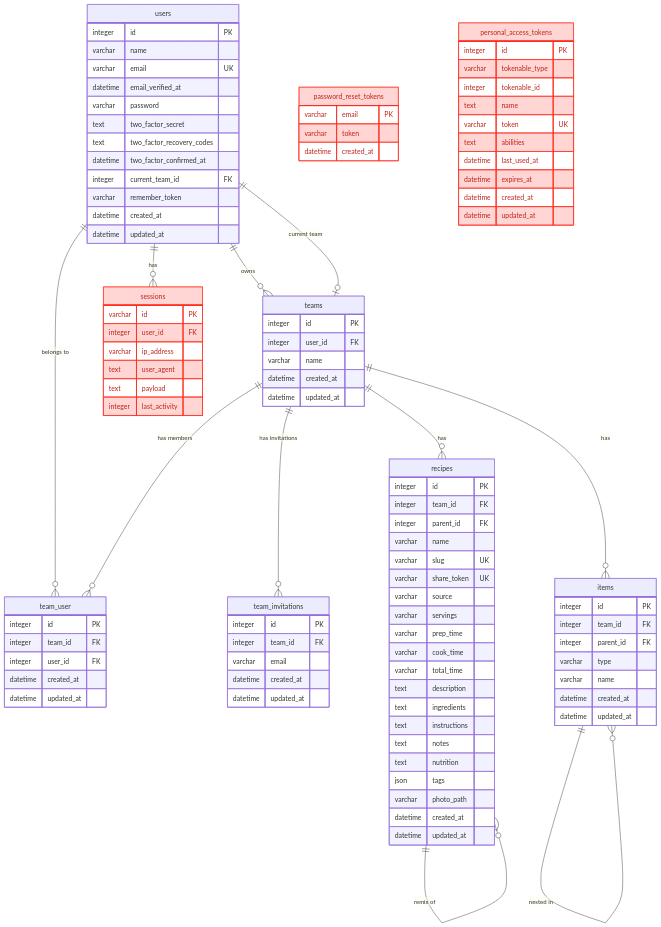
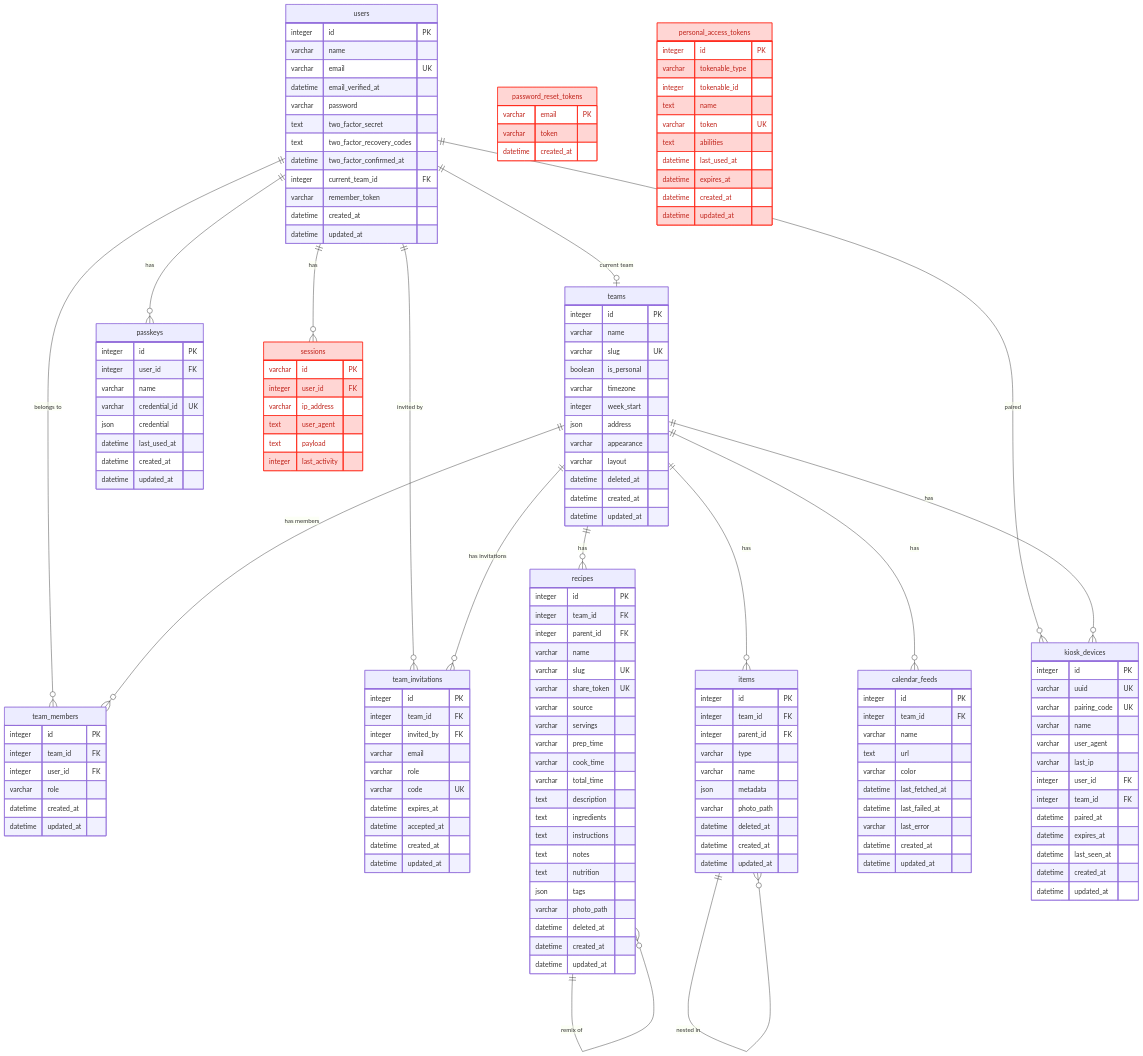
The diagram in README.md (techenby/sunny), drawn with Mermaid before and after one commit. The commit also changed other lines of this file, not shown here.

```diff
--- a/README.md
+++ b/README.md
@@ -77,33 +87,37 @@
 
 	teams {
 		integer id PK ""
-		integer user_id FK ""
 		varchar name  ""
+		varchar slug UK ""
+		boolean is_personal  ""
+		varchar timezone  ""
+		integer week_start  ""
+		json address  ""
+		varchar appearance  ""
+		varchar layout  ""
+		datetime deleted_at  ""
 		datetime created_at  ""
 		datetime updated_at  ""
 	}
 
-	team_user {
+	team_members {
 		integer id PK ""
 		integer team_id FK ""
 		integer user_id FK ""
+		varchar role  ""
 		datetime created_at  ""
 		datetime updated_at  ""
-	}
-
-	sessions {
-		varchar id PK ""
-		integer user_id FK ""
-		varchar ip_address  ""
-		text user_agent  ""
-		text payload  ""
-		integer last_activity  ""
 	}
 
 	team_invitations {
 		integer id PK ""
 		integer team_id FK ""
+		integer invited_by FK ""
 		varchar email  ""
+		varchar role  ""
+		varchar code UK ""
+		datetime expires_at  ""
+		datetime accepted_at  ""
 		datetime created_at  ""
 		datetime updated_at  ""
 	}
@@ -127,6 +141,7 @@
 		text nutrition  ""
 		json tags  ""
 		varchar photo_path  ""
+		datetime deleted_at  ""
 		datetime created_at  ""
 		datetime updated_at  ""
 	}
@@ -137,11 +152,63 @@
 		integer parent_id FK ""
 		varchar type  ""
 		varchar name  ""
+		json metadata  ""
+		varchar photo_path  ""
+		datetime deleted_at  ""
 		datetime created_at  ""
 		datetime updated_at  ""
 	}
 
-password_reset_tokens {
+	calendar_feeds {
+		integer id PK ""
+		integer team_id FK ""
+		varchar name  ""
+		text url  ""
+		varchar color  ""
+		datetime last_fetched_at  ""
+		datetime last_failed_at  ""
+		varchar last_error  ""
+		datetime created_at  ""
+		datetime updated_at  ""
+	}
+
+	kiosk_devices {
+		integer id PK ""
+		varchar uuid UK ""
+		varchar pairing_code UK ""
+		varchar name  ""
+		varchar user_agent  ""
+		varchar last_ip  ""
+		integer user_id FK ""
+		integer team_id FK ""
+		datetime paired_at  ""
+		datetime expires_at  ""
+		datetime last_seen_at  ""
+		datetime created_at  ""
+		datetime updated_at  ""
+	}
+
+	passkeys {
+		integer id PK ""
+		integer user_id FK ""
+		varchar name  ""
+		varchar credential_id UK ""
+		json credential  ""
+		datetime last_used_at  ""
+		datetime created_at  ""
+		datetime updated_at  ""
+	}
+
+	sessions {
+		varchar id PK ""
+		integer user_id FK ""
+		varchar ip_address  ""
+		text user_agent  ""
+		text payload  ""
+		integer last_activity  ""
+	}
+
+	password_reset_tokens {
 		varchar email PK ""
 		varchar token  ""
 		datetime created_at  ""
@@ -160,14 +227,18 @@
 		datetime updated_at  ""
 	}
 
-	users||--o{teams:"owns"
-	users||--o{team_user:"belongs to"
+	users||--o{team_members:"belongs to"
 	users||--o|teams:"current team"
+	users||--o{team_invitations:"invited by"
+	users||--o{passkeys:"has"
+	users||--o{kiosk_devices:"paired"
 	users||--o{sessions:"has"
-	teams||--o{team_user:"has members"
+	teams||--o{team_members:"has members"
 	teams||--o{team_invitations:"has invitations"
 	teams||--o{recipes:"has"
 	teams||--o{items:"has"
+	teams||--o{calendar_feeds:"has"
+	teams||--o{kiosk_devices:"has"
 	recipes||--o{recipes:"remix of"
 	items||--o{items:"nested in"
 
```
